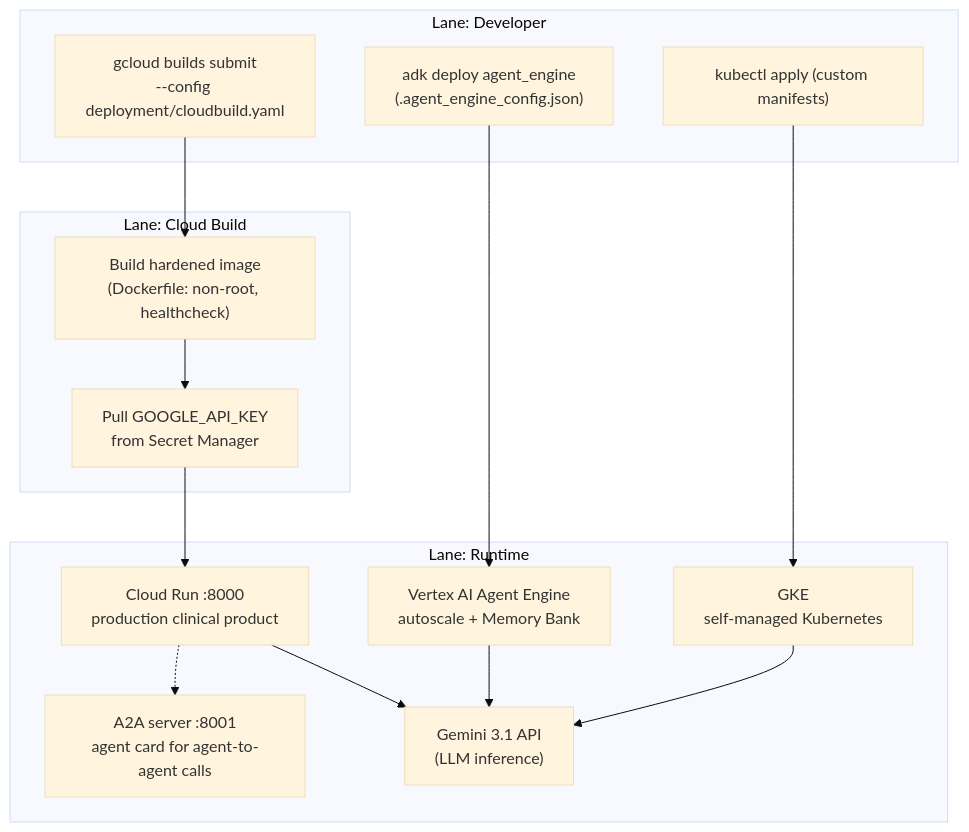
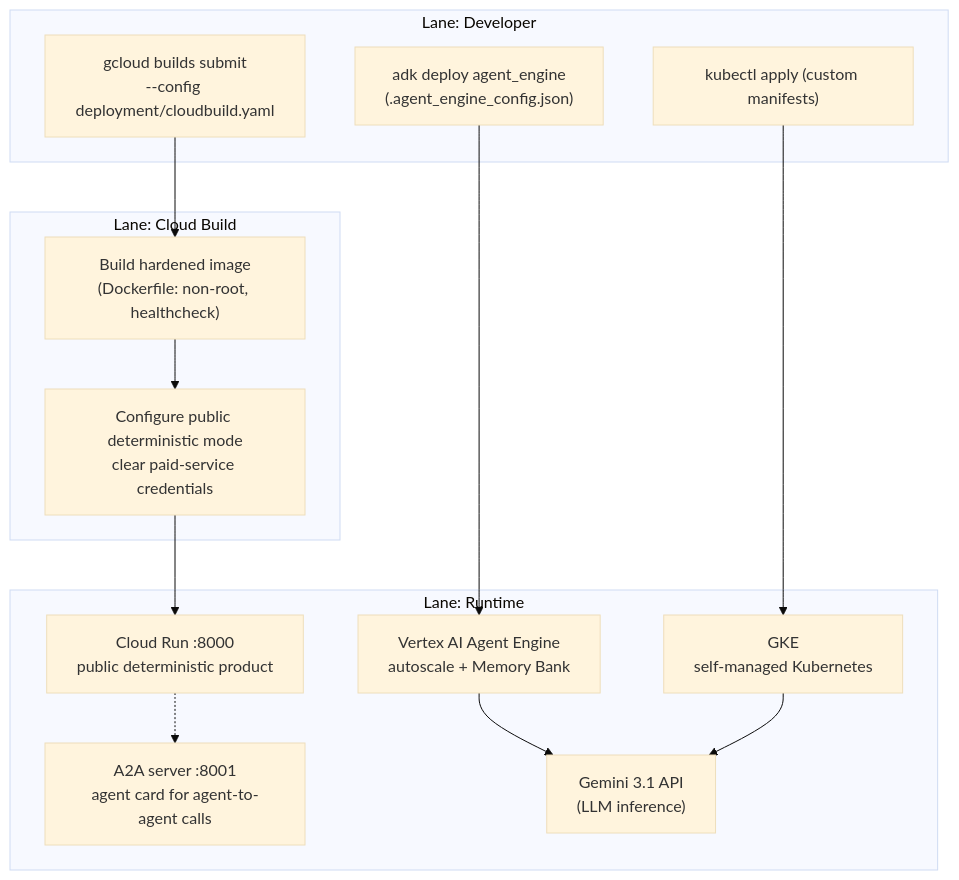
The diagram in Project Wiki/03 Processes/Deployment Pipeline.md (GeorgiNaydenov/Google-Capstone-Project), drawn with Mermaid (base theme) before and after one commit. The commit also changed other lines of this file and 290 other files, not shown here.

````diff
--- a/Project Wiki/03 Processes/Deployment Pipeline.md
+++ b/Project Wiki/03 Processes/Deployment Pipeline.md
@@ -17,29 +17,28 @@
 ```mermaid
 flowchart TD
     subgraph LANE_DEV["Lane: Developer"]
         SUBMIT["gcloud builds submit<br/>--config deployment/cloudbuild.yaml"]
         ADK_DEPLOY["adk deploy agent_engine<br/>(.agent_engine_config.json)"]
         K8S["kubectl apply (custom manifests)"]
     end
 
     subgraph LANE_BUILD["Lane: Cloud Build"]
         BUILD["Build hardened image<br/>(Dockerfile: non-root, healthcheck)"]
-        SECRET["Pull GOOGLE_API_KEY<br/>from Secret Manager"]
+        PUBLIC_CFG["Configure public deterministic mode<br/>clear paid-service credentials"]
     end
 
     subgraph LANE_RUN["Lane: Runtime"]
-        CR["Cloud Run :8000<br/>production clinical product"]
+        CR["Cloud Run :8000<br/>public deterministic product"]
         AE["Vertex AI Agent Engine<br/>autoscale + Memory Bank"]
         GKE["GKE<br/>self-managed Kubernetes"]
         A2A["A2A server :8001<br/>agent card for agent-to-agent calls"]
         GEM["Gemini 3.1 API<br/>(LLM inference)"]
     end
 
-    SUBMIT --> BUILD --> SECRET --> CR
+    SUBMIT --> BUILD --> PUBLIC_CFG --> CR
     ADK_DEPLOY --> AE
     K8S --> GKE
-    CR --> GEM
     AE --> GEM
     GKE --> GEM
     CR -.-> A2A
 ```
````
